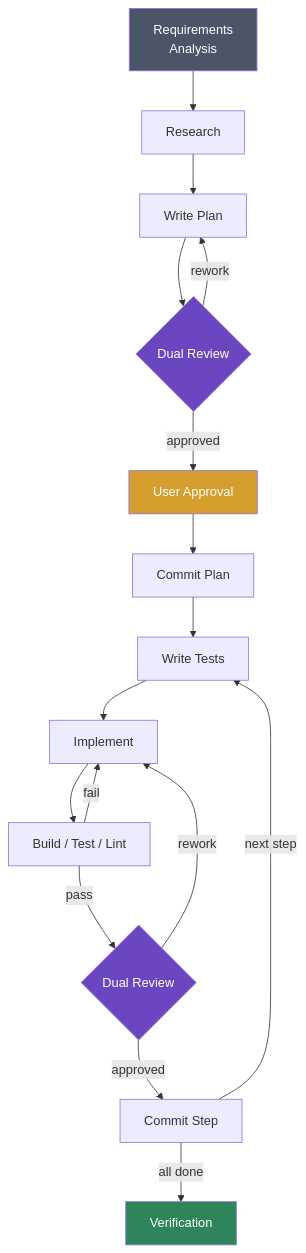
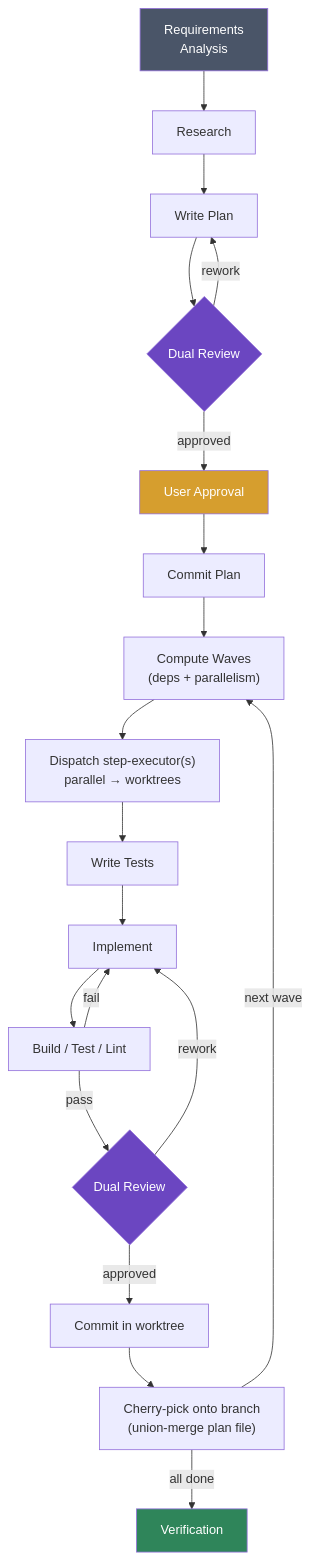
One commit to POPFD/claude-sweatshop changed the diagram in README.md. Above: the diagram before and after it, drawn with Mermaid. The commit also changed other lines of this file and 4 other files, not shown here.

````diff
--- a/README.md
+++ b/README.md
@@ -76,25 +76,28 @@
 ```mermaid
 flowchart TD
     A["Requirements\nAnalysis"] --> B["Research"]
     B --> C["Write Plan"]
     C --> D{"Dual Review"}
     D -->|rework| C
     D -->|approved| E["User Approval"]
     E --> F["Commit Plan"]
 
-    F --> G["Write Tests"]
+    F --> W["Compute Waves\n(deps + parallelism)"]
+    W --> X["Dispatch step-executor(s)\nparallel → worktrees"]
+    X --> G["Write Tests"]
     G --> H["Implement"]
     H --> I["Build / Test / Lint"]
     I -->|fail| H
     I -->|pass| J{"Dual Review"}
     J -->|rework| H
-    J -->|approved| K["Commit Step"]
-    K -->|next step| G
-    K -->|all done| L["Verification"]
+    J -->|approved| K["Commit in worktree"]
+    K --> CP["Cherry-pick onto branch\n(union-merge plan file)"]
+    CP -->|next wave| W
+    CP -->|all done| L["Verification"]
 
     style A fill:#4a5568,color:#fff
     style L fill:#2f855a,color:#fff
     style D fill:#6b46c1,color:#fff
     style J fill:#6b46c1,color:#fff
     style E fill:#d69e2e,color:#fff
 ```
````
